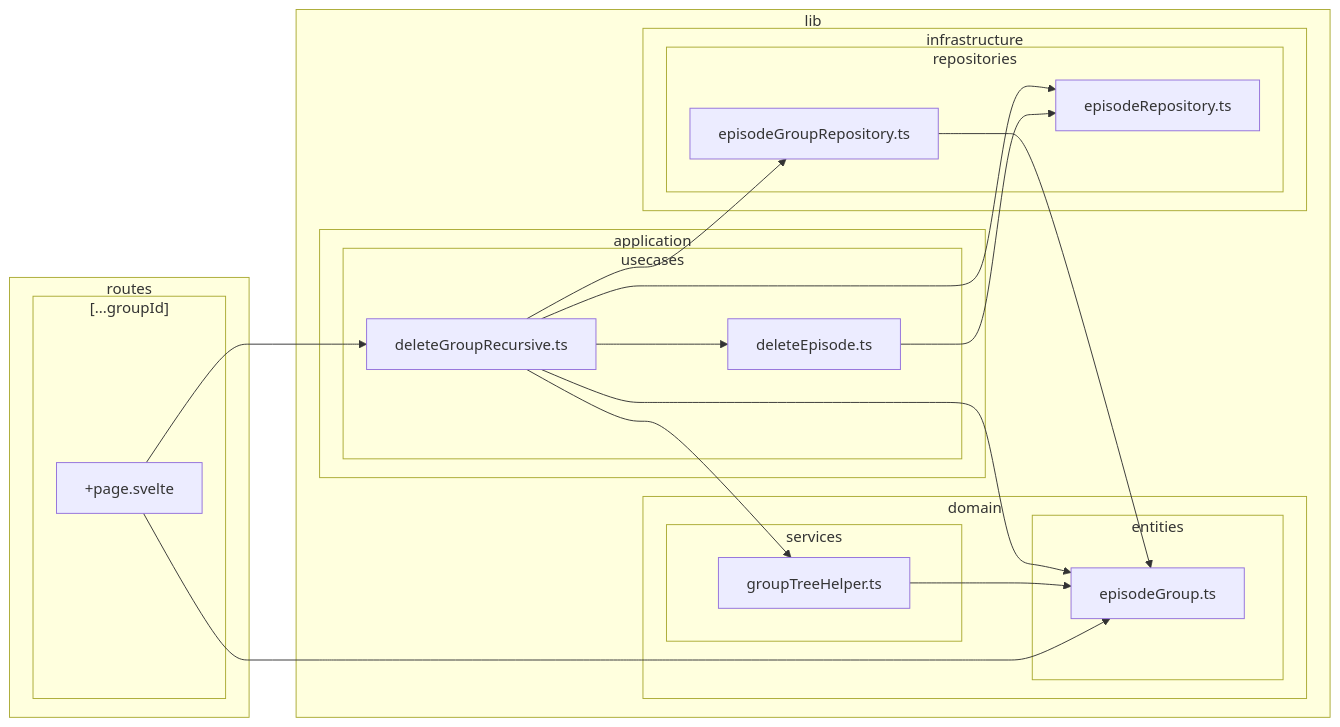
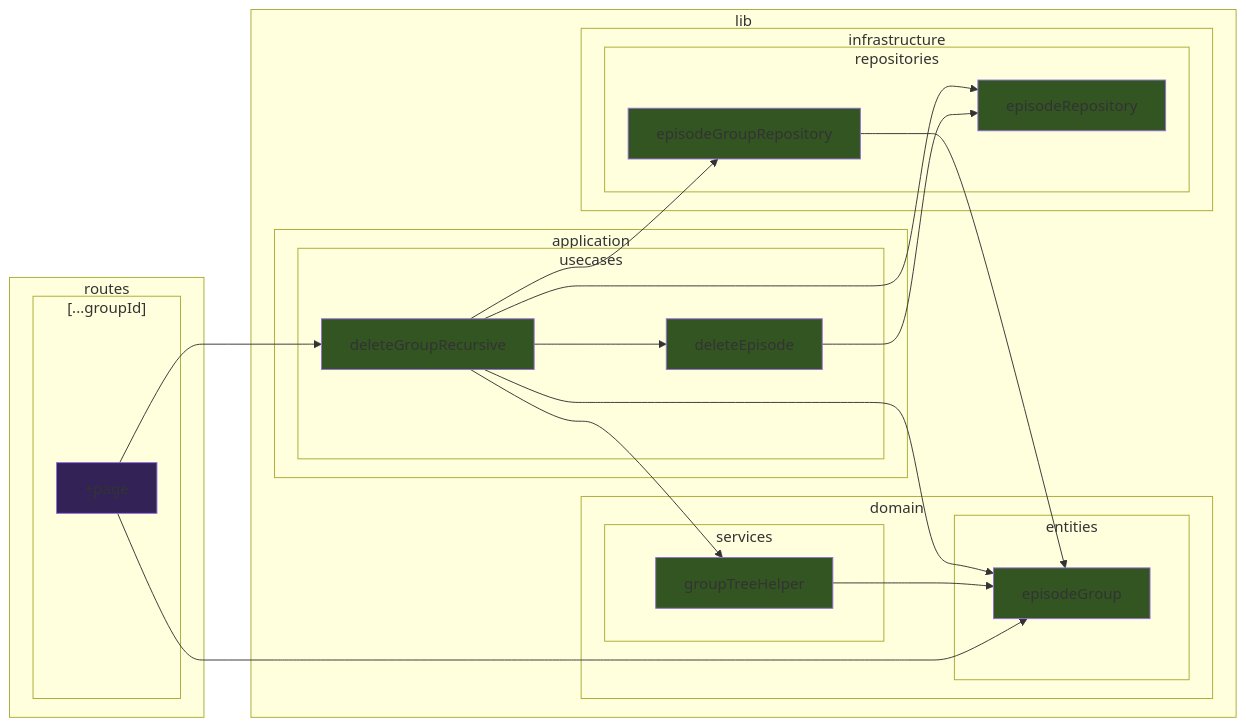
Before and after one commit to k5n/kotonoha: diagram 11 of 39 in doc/dependency-graph.md, drawn with Mermaid. The commit also changed other lines of this file, not shown here.

````diff
--- a/doc/dependency-graph.md
+++ b/doc/dependency-graph.md
@@ -455,40 +600,50 @@
 ```mermaid
 graph LR
+    classDef cssSvelteComponent fill:#325;
+    classDef cssSvelteScript fill:#535;
+    classDef cssTypeScript fill:#352;
         subgraph sg_lib ["lib"]
             subgraph sg_lib_application ["application"]
                 subgraph sg_lib_application_usecases ["usecases"]
-                    src_lib_application_usecases_deleteEpisode_ts["deleteEpisode.ts"]
-                    src_lib_application_usecases_deleteGroupRecursive_ts["deleteGroupRecursive.ts"]
+                    src_lib_application_usecases_deleteEpisode_ts["deleteEpisode"]
+                    src_lib_application_usecases_deleteGroupRecursive_ts["deleteGroupRecursive"]
                 end
             end
             subgraph sg_lib_domain ["domain"]
                 subgraph sg_lib_domain_entities ["entities"]
-                    src_lib_domain_entities_episodeGroup_ts["episodeGroup.ts"]
+                    src_lib_domain_entities_episodeGroup_ts["episodeGroup"]
                 end
                 subgraph sg_lib_domain_services ["services"]
-                    src_lib_domain_services_groupTreeHelper_ts["groupTreeHelper.ts"]
+                    src_lib_domain_services_groupTreeHelper_ts["groupTreeHelper"]
                 end
             end
             subgraph sg_lib_infrastructure ["infrastructure"]
                 subgraph sg_lib_infrastructure_repositories ["repositories"]
-                    src_lib_infrastructure_repositories_episodeGroupRepository_ts["episodeGroupRepository.ts"]
-                    src_lib_infrastructure_repositories_episodeRepository_ts["episodeRepository.ts"]
+                    src_lib_infrastructure_repositories_episodeGroupRepository_ts["episodeGroupRepository"]
+                    src_lib_infrastructure_repositories_episodeRepository_ts["episodeRepository"]
                 end
             end
         end
         subgraph sg_routes ["routes"]
             subgraph sg_routes_____groupId_ ["[...groupId]"]
-                src_routes_____groupId___page_svelte["+page.svelte"]
+                src_routes_____groupId___page_svelte["+page"]
             end
         end
     src_lib_application_usecases_deleteGroupRecursive_ts --> src_lib_application_usecases_deleteEpisode_ts
     src_lib_application_usecases_deleteGroupRecursive_ts --> src_lib_domain_entities_episodeGroup_ts
     src_lib_application_usecases_deleteGroupRecursive_ts --> src_lib_domain_services_groupTreeHelper_ts
     src_lib_application_usecases_deleteGroupRecursive_ts --> src_lib_infrastructure_repositories_episodeGroupRepository_ts
     src_lib_application_usecases_deleteGroupRecursive_ts --> src_lib_infrastructure_repositories_episodeRepository_ts
     src_lib_domain_services_groupTreeHelper_ts --> src_lib_domain_entities_episodeGroup_ts
     src_lib_infrastructure_repositories_episodeGroupRepository_ts --> src_lib_domain_entities_episodeGroup_ts
     src_lib_application_usecases_deleteEpisode_ts --> src_lib_infrastructure_repositories_episodeRepository_ts
     src_routes_____groupId___page_svelte --> src_lib_application_usecases_deleteGroupRecursive_ts
     src_routes_____groupId___page_svelte --> src_lib_domain_entities_episodeGroup_ts
+    class src_lib_application_usecases_deleteEpisode_ts cssTypeScript
+    class src_lib_application_usecases_deleteGroupRecursive_ts cssTypeScript
+    class src_lib_domain_entities_episodeGroup_ts cssTypeScript
+    class src_lib_domain_services_groupTreeHelper_ts cssTypeScript
+    class src_lib_infrastructure_repositories_episodeGroupRepository_ts cssTypeScript
+    class src_lib_infrastructure_repositories_episodeRepository_ts cssTypeScript
+    class src_routes_____groupId___page_svelte cssSvelteComponent
 ```
````
